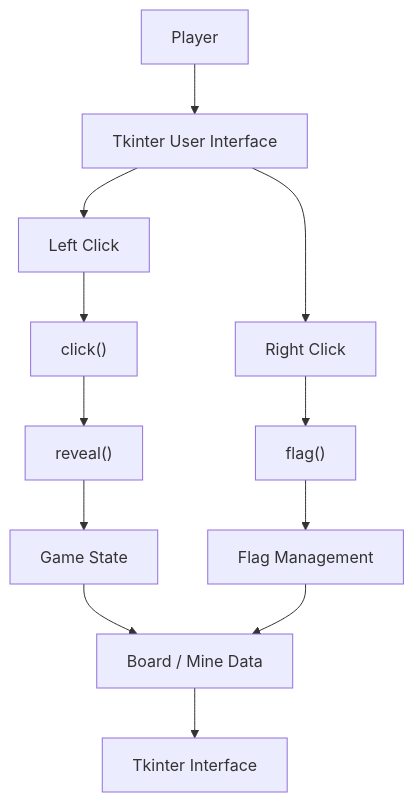
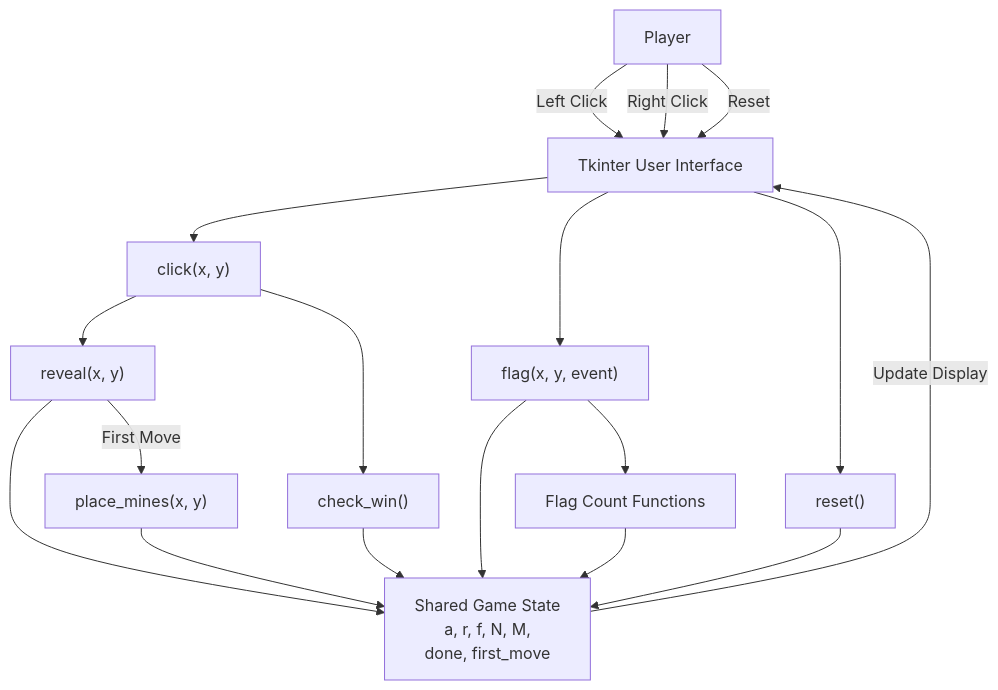
One commit to phsadhankar/EECS-581-Project-1 changed the first of 7 diagrams in docs/systemArchitecture/systemArchitecture.md. Above: the diagram before and after it, drawn with Mermaid. The commit also changed other lines of this file and 6 other files, not shown here.

````diff
--- a/docs/systemArchitecture/systemArchitecture.md
+++ b/docs/systemArchitecture/systemArchitecture.md
@@ -109,30 +119,36 @@
 ```mermaid
 flowchart TD
     Player["Player"]
     UI["Tkinter User Interface"]
-    Left["Left Click"]
-    Right["Right Click"]
-    Click["click()"]
-    Flag["flag()"]
-    Reveal["reveal()"]
-    GameState["Game State"]
-    FlagManagement["Flag Management"]
-    BoardData["Board / Mine Data"]
-    Interface["Tkinter Interface"]
+    Click["click(x, y)"]
+    Flag["flag(x, y, event)"]
+    Reveal["reveal(x, y)"]
+    Mines["place_mines(x, y)"]
+    Win["check_win()"]
+    FlagCount["Flag Count Functions"]
+    Reset["reset()"]
+    State["Shared Game State<br/>a, r, f, N, M,<br/>done, first_move"]
 
-    Player --> UI
-    UI --> Left
-    UI --> Right
+    Player -->|"Left Click"| UI
+    Player -->|"Right Click"| UI
+    Player -->|"Reset"| UI
 
-    Left --> Click
+    UI --> Click
+    UI --> Flag
+    UI --> Reset
+
     Click --> Reveal
-    Reveal --> GameState
+    Click --> Win
 
-    Right --> Flag
-    Flag --> FlagManagement
+    Reveal -->|"First Move"| Mines
+    Reveal --> State
+    Mines --> State
+    Win --> State
 
-    GameState --> BoardData
-    FlagManagement --> BoardData
+    Flag --> FlagCount
+    Flag --> State
+    FlagCount --> State
+    Reset --> State
 
-    BoardData --> Interface
+    State -->|"Update Display"| UI
 ```
````
